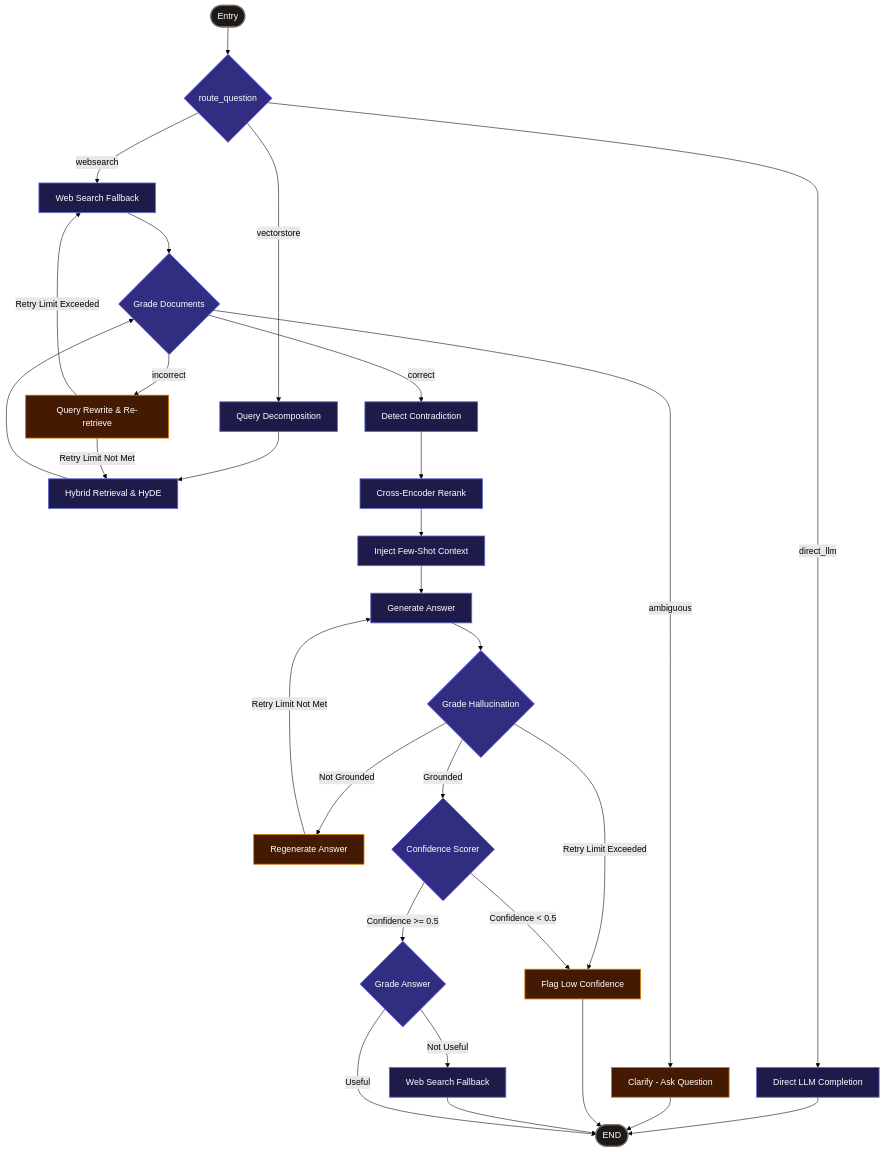
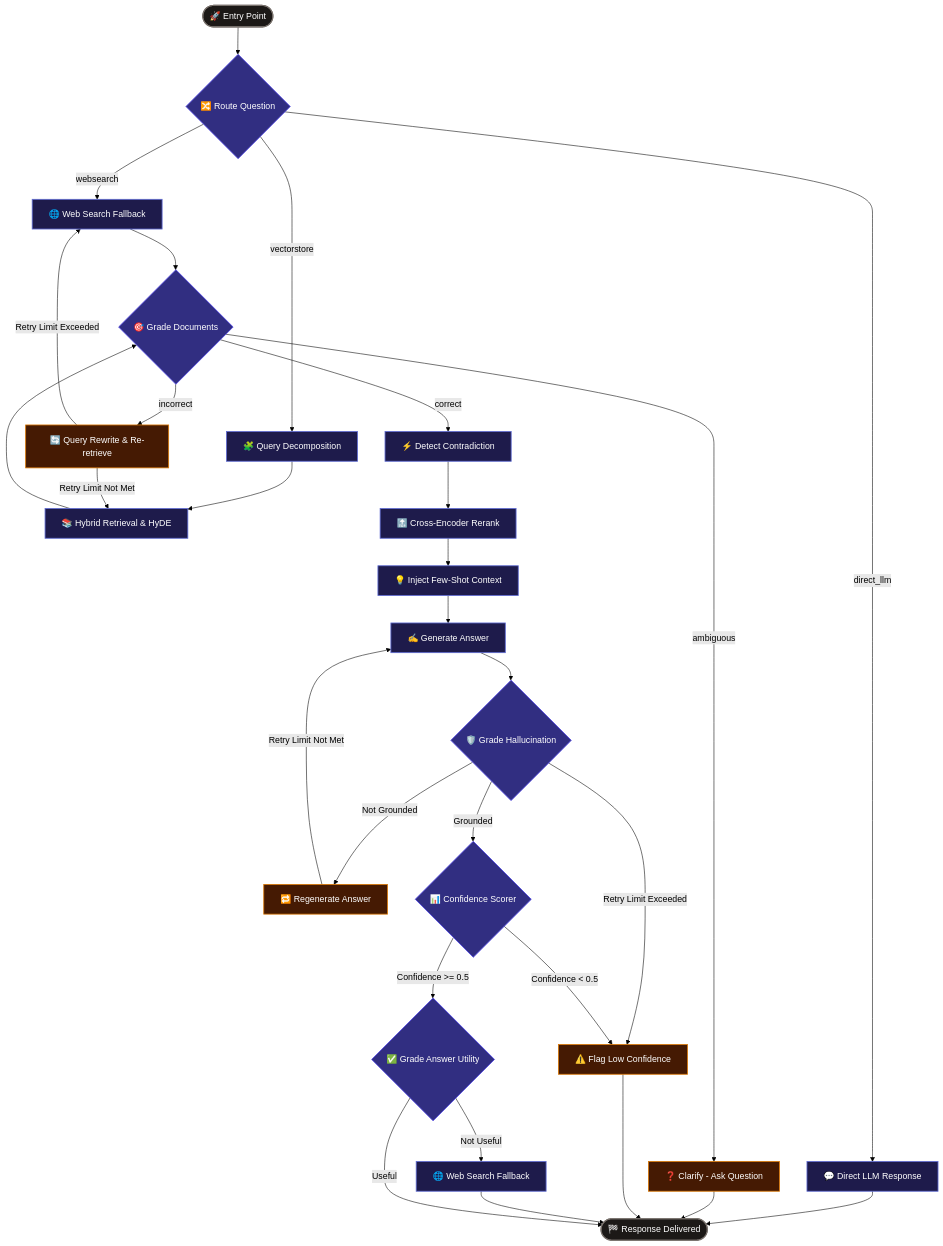
The diagram in README.md (Subharup-31/Self-Correcting-RAG), drawn with Mermaid (forest theme) before and after one commit. The commit also changed other lines of this file, not shown here.

Commit message:
docs: update comprehensive production README with architecture and benchmarks

````diff
--- a/README.md
+++ b/README.md
@@ -32,66 +38,65 @@
 ```mermaid
 flowchart TD
     %% Node Definitions
-    Start([Entry])
-    Route{route_question}
-    DirectLLM[Direct LLM Completion]
-    WebSearchNode[Web Search Fallback]
-    Decompose[Query Decomposition]
-    Retrieve[Hybrid Retrieval & HyDE]
-    Grade{Grade Documents}
+    Start([🚀 Entry Point])
+    Route{🔀 Route Question}
+    DirectLLM[💬 Direct LLM Response]
+    WebSearchNode[🌐 Web Search Fallback]
+    Decompose[🧩 Query Decomposition]
+    Retrieve[📚 Hybrid Retrieval & HyDE]
+    Grade{🎯 Grade Documents}
     
-    Clarify[Clarify - Ask Question]
-    Rewrite[Query Rewrite & Re-retrieve]
-    Contradiction[Detect Contradiction]
+    Clarify[❓ Clarify - Ask Question]
+    Rewrite[🔄 Query Rewrite & Re-retrieve]
+    Contradiction[⚡ Detect Contradiction]
     
-    Rerank[Cross-Encoder Rerank]
-    FewShot[Inject Few-Shot Context]
-    Generate[Generate Answer]
+    Rerank[🔝 Cross-Encoder Rerank]
+    FewShot[💡 Inject Few-Shot Context]
+    Generate[✍️ Generate Answer]
     
-    GradeHallucination{Grade Hallucination}
-    Regenerate[Regenerate Answer]
-    ConfidenceScorer{Confidence Scorer}
+    GradeHallucination{🛡️ Grade Hallucination}
+    Regenerate[🔁 Regenerate Answer]
+    ConfidenceScorer{📊 Confidence Scorer}
     
-    FlagLow[Flag Low Confidence]
-    GradeAnswer{Grade Answer}
-    WebSearchFallback[Web Search Fallback]
+    FlagLow[⚠️ Flag Low Confidence]
+    GradeAnswer{✅ Grade Answer Utility}
+    WebSearchFallback[🌐 Web Search Fallback]
     
-    End([END])
+    End([🏁 Response Delivered])
 
     %% Flow Layout
     Start --> Route
     Route -- "direct_llm" --> DirectLLM --> End
     Route -- "websearch" --> WebSearchNode --> Grade
     Route -- "vectorstore" --> Decompose --> Retrieve --> Grade
     
     Grade -- "ambiguous" --> Clarify --> End
     Grade -- "incorrect" --> Rewrite
     Grade -- "correct" --> Contradiction
     
     Rewrite -- "Retry Limit Not Met" --> Retrieve
     Rewrite -- "Retry Limit Exceeded" --> WebSearchNode
     
     Contradiction --> Rerank --> FewShot --> Generate --> GradeHallucination
     
     GradeHallucination -- "Not Grounded" --> Regenerate -- "Retry Limit Not Met" --> Generate
     GradeHallucination -- "Retry Limit Exceeded" --> FlagLow
     GradeHallucination -- "Grounded" --> ConfidenceScorer
     
     ConfidenceScorer -- "Confidence < 0.5" --> FlagLow --> End
     ConfidenceScorer -- "Confidence >= 0.5" --> GradeAnswer
     
     GradeAnswer -- "Not Useful" --> WebSearchFallback --> End
     GradeAnswer -- "Useful" --> End
 
     %% Styling
-    classDef default fill:#121214,stroke:#333,stroke-width:1px,color:#d4d4d8;
+    classDef startEnd fill:#1c1917,stroke:#78716c,stroke-width:2px,color:#fff;
+    classDef decision fill:#312e81,stroke:#4f46e5,stroke-width:1.5px,color:#fff;
     classDef highlight fill:#1e1b4b,stroke:#5e6ad2,stroke-width:1.5px,color:#fff;
-    classDef decision fill:#312e81,stroke:#4f46e5,stroke-width:1.5px,color:#fff;
-    classDef startEnd fill:#1c1917,stroke:#78716c,stroke-width:2px,color:#fff;
     classDef alert fill:#451a03,stroke:#d97706,stroke-width:1.5px,color:#fff;
 
     class Start,End startEnd;
     class Route,Grade,GradeHallucination,ConfidenceScorer,GradeAnswer decision;
     class DirectLLM,WebSearchNode,Decompose,Retrieve,Contradiction,Rerank,FewShot,Generate,WebSearchFallback highlight;
     class Clarify,Rewrite,Regenerate,FlagLow alert;
 ```
````
